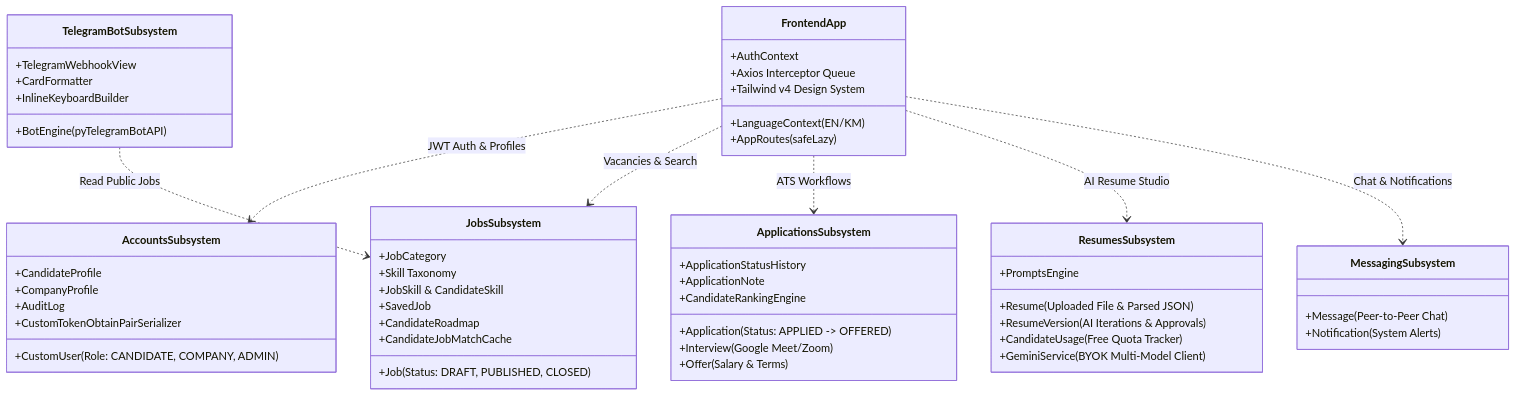
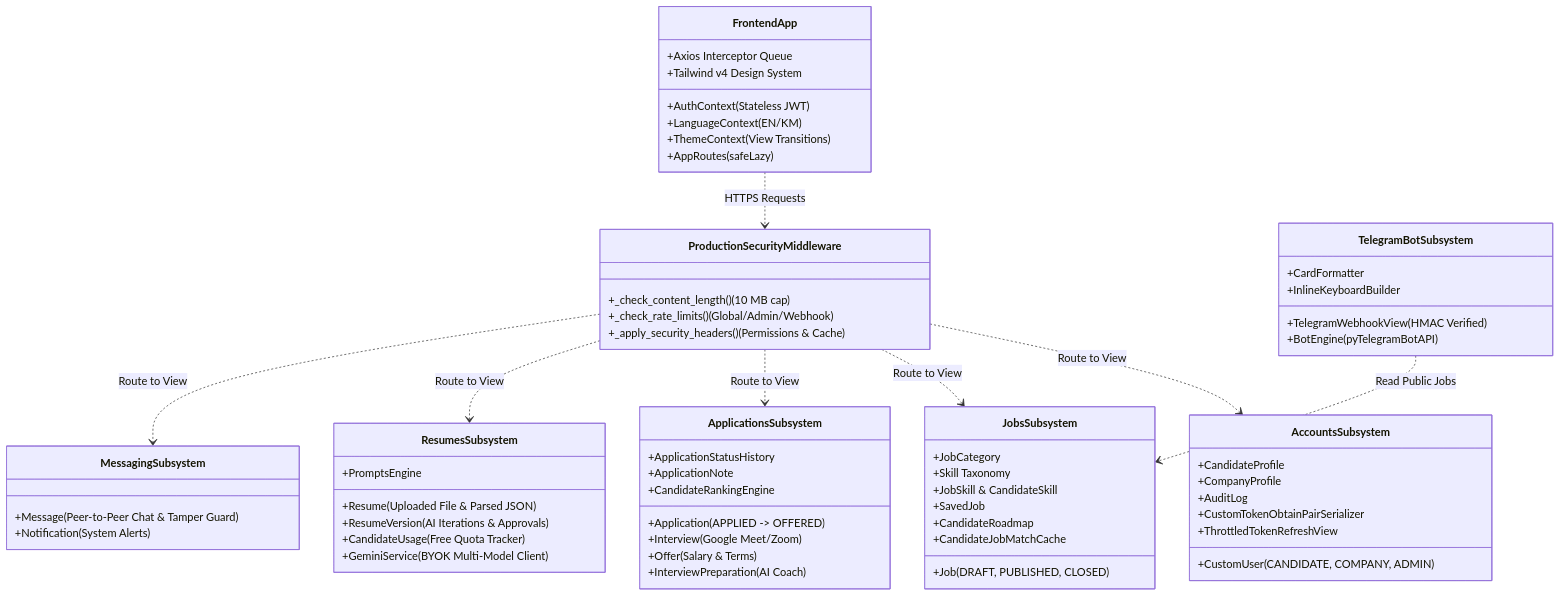
One commit to Laykimhoung/careerlens changed the second of 4 diagrams in docs/ARCHITECTURE.md. Above: the diagram before and after it, drawn with Mermaid. The commit also changed other lines of this file and 8 other files, not shown here.

````diff
--- a/docs/ARCHITECTURE.md
+++ b/docs/ARCHITECTURE.md
@@ -91,65 +98,75 @@
 ```mermaid
 classDiagram
     direction TB
     class FrontendApp {
-        +AuthContext
+        +AuthContext (Stateless JWT)
         +LanguageContext (EN/KM)
+        +ThemeContext (View Transitions)
         +AppRoutes (safeLazy)
         +Axios Interceptor Queue
         +Tailwind v4 Design System
     }
 
+    class ProductionSecurityMiddleware {
+        +_check_content_length() (10 MB cap)
+        +_check_rate_limits() (Global/Admin/Webhook)
+        +_apply_security_headers() (Permissions & Cache)
+    }
+
     class AccountsSubsystem {
-        +CustomUser (Role: CANDIDATE, COMPANY, ADMIN)
+        +CustomUser (CANDIDATE, COMPANY, ADMIN)
         +CandidateProfile
         +CompanyProfile
         +AuditLog
         +CustomTokenObtainPairSerializer
+        +ThrottledTokenRefreshView
     }
 
     class JobsSubsystem {
-        +Job (Status: DRAFT, PUBLISHED, CLOSED)
+        +Job (DRAFT, PUBLISHED, CLOSED)
         +JobCategory
         +Skill Taxonomy
         +JobSkill & CandidateSkill
         +SavedJob
         +CandidateRoadmap
         +CandidateJobMatchCache
     }
 
     class ApplicationsSubsystem {
-        +Application (Status: APPLIED -> OFFERED)
+        +Application (APPLIED -> OFFERED)
         +ApplicationStatusHistory
         +Interview (Google Meet/Zoom)
         +Offer (Salary & Terms)
         +ApplicationNote
+        +InterviewPreparation (AI Coach)
         +CandidateRankingEngine
     }
 
     class ResumesSubsystem {
         +Resume (Uploaded File & Parsed JSON)
         +ResumeVersion (AI Iterations & Approvals)
         +CandidateUsage (Free Quota Tracker)
         +GeminiService (BYOK Multi-Model Client)
         +PromptsEngine
     }
 
     class MessagingSubsystem {
-        +Message (Peer-to-Peer Chat)
+        +Message (Peer-to-Peer Chat & Tamper Guard)
         +Notification (System Alerts)
     }
 
     class TelegramBotSubsystem {
-        +TelegramWebhookView
+        +TelegramWebhookView (HMAC Verified)
         +BotEngine (pyTelegramBotAPI)
         +CardFormatter
         +InlineKeyboardBuilder
     }
 
-    FrontendApp ..> AccountsSubsystem : JWT Auth & Profiles
-    FrontendApp ..> JobsSubsystem : Vacancies & Search
-    FrontendApp ..> ApplicationsSubsystem : ATS Workflows
-    FrontendApp ..> ResumesSubsystem : AI Resume Studio
-    FrontendApp ..> MessagingSubsystem : Chat & Notifications
+    FrontendApp ..> ProductionSecurityMiddleware : HTTPS Requests
+    ProductionSecurityMiddleware ..> AccountsSubsystem : Route to View
+    ProductionSecurityMiddleware ..> JobsSubsystem : Route to View
+    ProductionSecurityMiddleware ..> ApplicationsSubsystem : Route to View
+    ProductionSecurityMiddleware ..> ResumesSubsystem : Route to View
+    ProductionSecurityMiddleware ..> MessagingSubsystem : Route to View
     TelegramBotSubsystem ..> JobsSubsystem : Read Public Jobs
 ```
````
